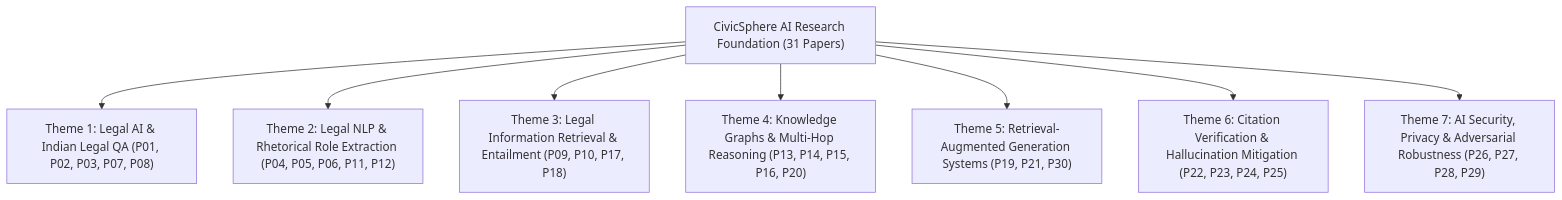
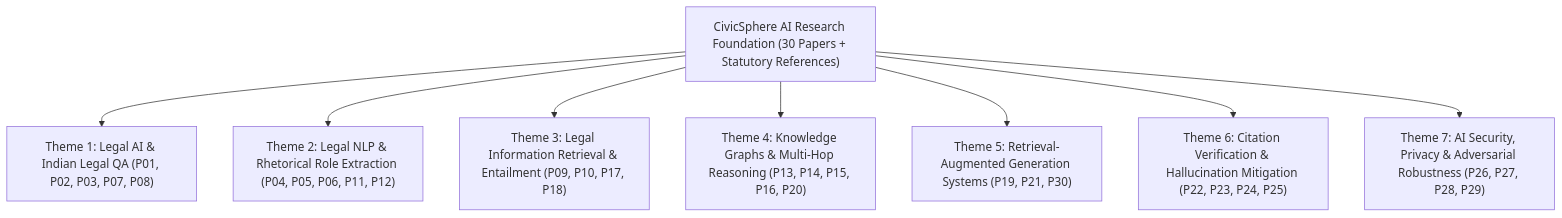
Before and after one commit to DEVANSHSAVLA/Finalyear_MajorProject: the diagram in docs/review-2-submission/RESEARCH_PAPERS_REFERRED.md, drawn with Mermaid. The commit also changed other lines of this file and 12 other files, not shown here.

````diff
--- a/docs/review-2-submission/RESEARCH_PAPERS_REFERRED.md
+++ b/docs/review-2-submission/RESEARCH_PAPERS_REFERRED.md
@@ -20,11 +20,11 @@
 ```mermaid
 flowchart TD
-    Research["CivicSphere AI Research Foundation (31 Papers)"]
+    Research["CivicSphere AI Research Foundation (30 Papers + Statutory References)"]
     Research --> T1["Theme 1: Legal AI & Indian Legal QA (P01, P02, P03, P07, P08)"]
     Research --> T2["Theme 2: Legal NLP & Rhetorical Role Extraction (P04, P05, P06, P11, P12)"]
     Research --> T3["Theme 3: Legal Information Retrieval & Entailment (P09, P10, P17, P18)"]
     Research --> T4["Theme 4: Knowledge Graphs & Multi-Hop Reasoning (P13, P14, P15, P16, P20)"]
     Research --> T5["Theme 5: Retrieval-Augmented Generation Systems (P19, P21, P30)"]
     Research --> T6["Theme 6: Citation Verification & Hallucination Mitigation (P22, P23, P24, P25)"]
     Research --> T7["Theme 7: AI Security, Privacy & Adversarial Robustness (P26, P27, P28, P29)"]
 ```
````
